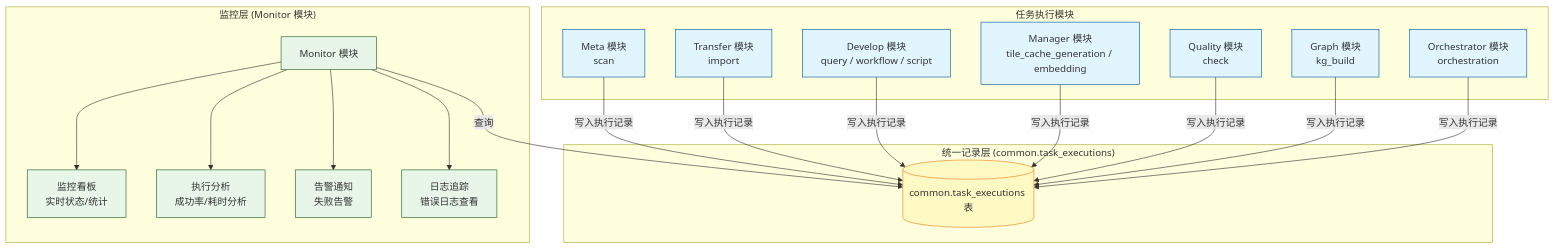
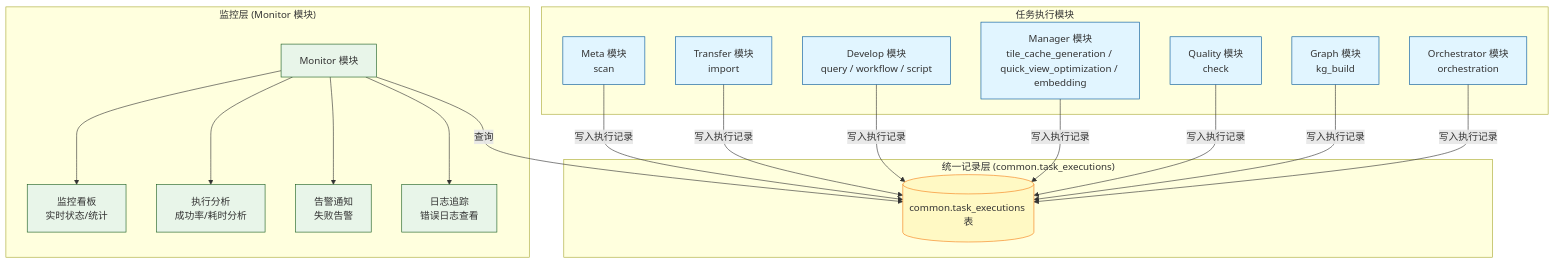
Before and after one commit to pampa0629/addp: the first of 3 diagrams in docs/concepts/addp监控与执行体系图.md, drawn with Mermaid. The commit also changed other lines of this file and 35 other files, not shown here.

````diff
--- a/docs/concepts/addp监控与执行体系图.md
+++ b/docs/concepts/addp监控与执行体系图.md
@@ -30,42 +30,42 @@
 ```mermaid
 graph TB
     subgraph "任务执行模块"
         Meta[Meta 模块<br/>scan]
         Transfer[Transfer 模块<br/>import]
         Develop[Develop 模块<br/>query / workflow / script]
-        Manager[Manager 模块<br/>tile_cache_generation / embedding]
+        Manager[Manager 模块<br/>tile_cache_generation / quick_view_optimization / embedding]
         Quality[Quality 模块<br/>check]
         Graph[Graph 模块<br/>kg_build]
         Orchestrator[Orchestrator 模块<br/>orchestration]
     end
 
     subgraph "统一记录层 (common.task_executions)"
         TaskExec[(common.task_executions 表)]
 
         Meta --> |写入执行记录| TaskExec
         Transfer --> |写入执行记录| TaskExec
         Develop --> |写入执行记录| TaskExec
         Manager --> |写入执行记录| TaskExec
         Quality --> |写入执行记录| TaskExec
         Graph --> |写入执行记录| TaskExec
         Orchestrator --> |写入执行记录| TaskExec
     end
 
     subgraph "监控层 (Monitor 模块)"
         Monitor[Monitor 模块]
 
         Monitor --> |查询| TaskExec
         Monitor --> Dashboard[监控看板<br/>实时状态/统计]
         Monitor --> Analysis[执行分析<br/>成功率/耗时分析]
         Monitor --> Alert[告警通知<br/>失败告警]
         Monitor --> Log[日志追踪<br/>错误日志查看]
     end
 
     classDef module fill:#e1f5ff,stroke:#01579b
     classDef storage fill:#fff9c4,stroke:#f57f17
     classDef monitor fill:#e8f5e9,stroke:#1b5e20
 
     class Meta,Transfer,Develop,Manager,Quality,Graph,Orchestrator module
     class TaskExec storage
     class Monitor,Dashboard,Analysis,Alert,Log monitor
 ```
````
